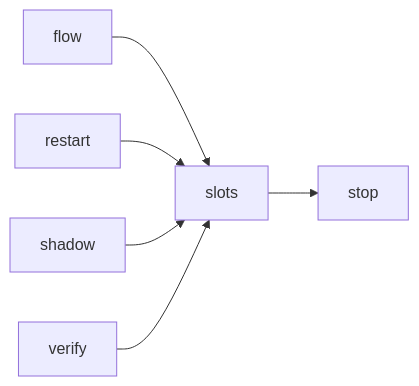
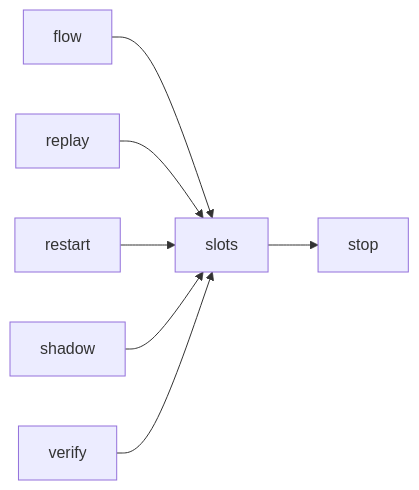
The third of 3 diagrams in docs/architecture/modules/slots.md (plaplanche/ariane), drawn with Mermaid before and after one commit. The commit also changed other lines of this file and 26 other files, not shown here.

````diff
--- a/docs/architecture/modules/slots.md
+++ b/docs/architecture/modules/slots.md
@@ -52,8 +54,9 @@
 ```mermaid
 flowchart LR
   flow --> slots
+  replay --> slots
   restart --> slots
   shadow --> slots
   slots --> stop
   verify --> slots
 ```
````
